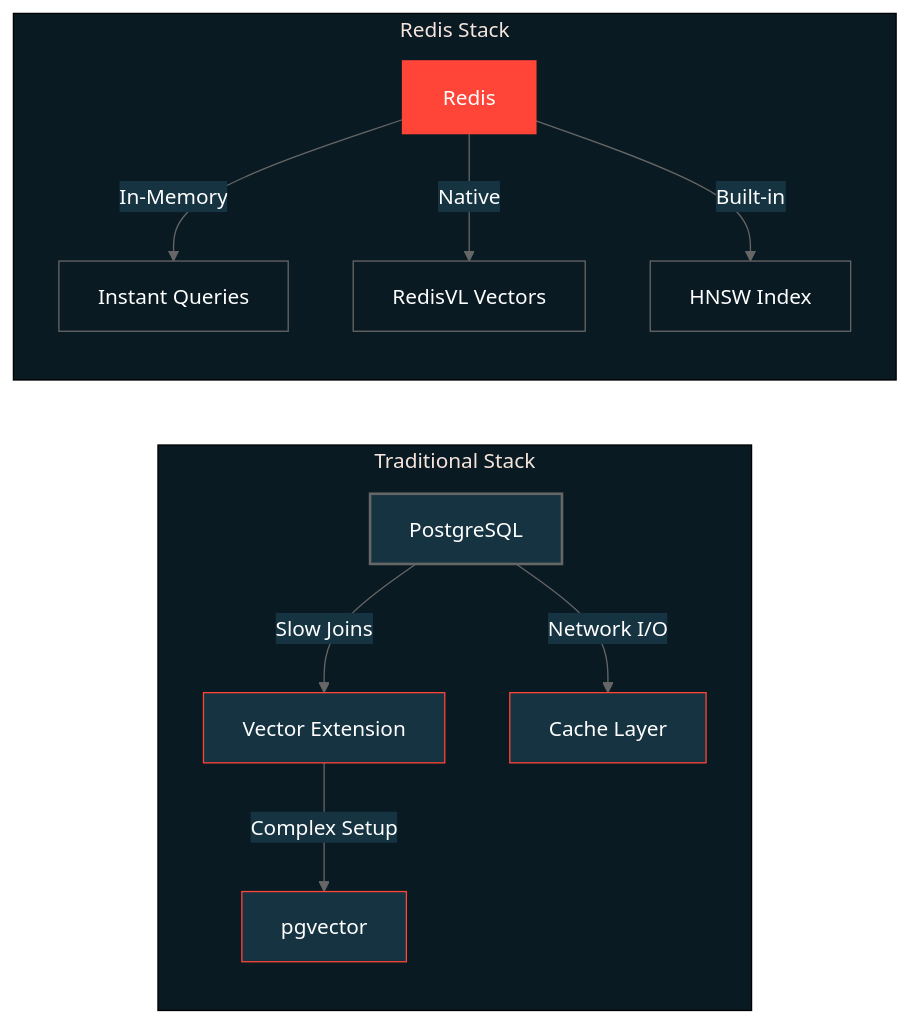
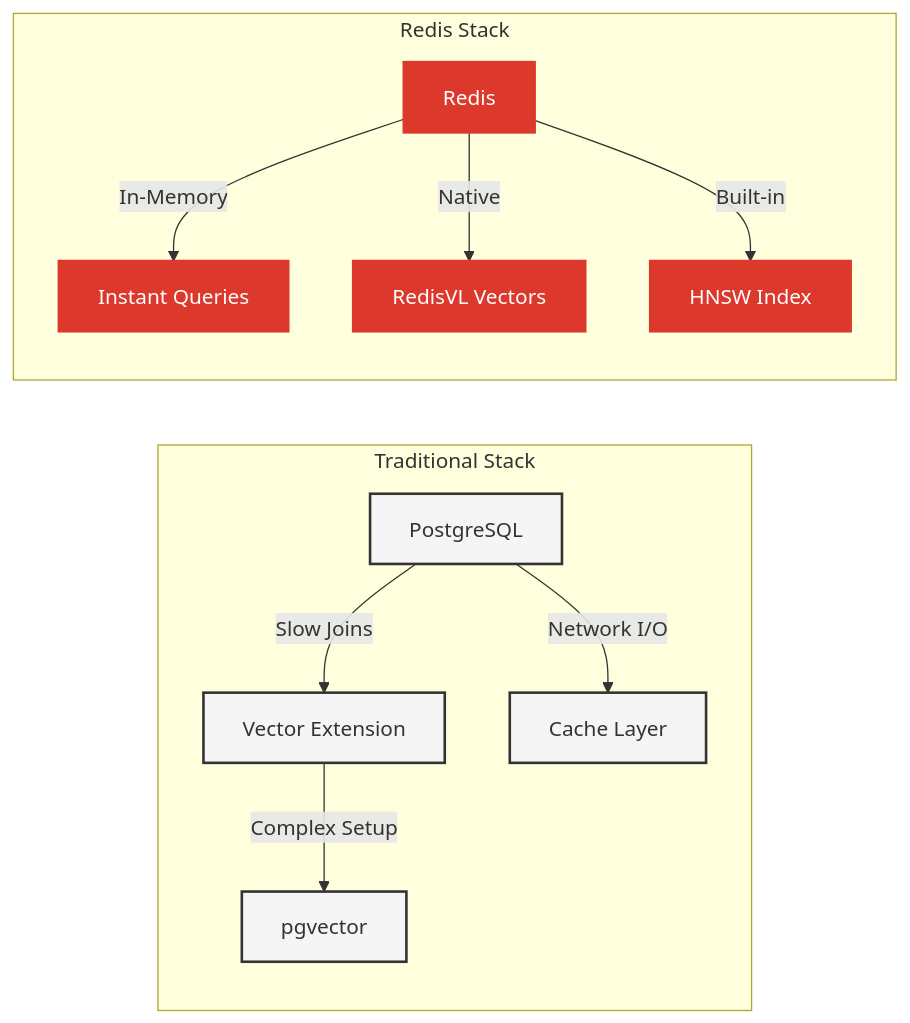
The first of 4 diagrams in docs/11_REDIS_PATTERNS.md (AllieRays/redis-wellness), drawn with Mermaid before and after one commit. The commit also changed other lines of this file and 1 other file, not shown here.

Commit message:
Updates to mermaid.

````diff
--- a/docs/11_REDIS_PATTERNS.md
+++ b/docs/11_REDIS_PATTERNS.md
@@ -19,21 +19,23 @@
 ```mermaid
-%%{init: {'theme':'base', 'themeVariables': { 'primaryColor':'#0d212c', 'primaryTextColor':'#fff', 'primaryBorderColor':'#ff4438', 'lineColor':'#666', 'secondaryColor':'#163341', 'tertiaryColor':'#091a23', 'background':'#0d212c', 'mainBkg':'#163341', 'secondBkg':'#0d212c', 'textColor':'#fff', 'fontSize':'16px'}}}%%
 graph LR
     subgraph "Traditional Stack"
     A[PostgreSQL] -->|Slow Joins| B[Vector Extension]
     A -->|Network I/O| C[Cache Layer]
     B -->|Complex Setup| D[pgvector]
     end
 
     subgraph "Redis Stack"
     E[Redis] -->|In-Memory| F[Instant Queries]
     E -->|Native| G[RedisVL Vectors]
     E -->|Built-in| H[HNSW Index]
     end
 
-    style A fill:#163341,stroke:#666,color:#fff,stroke-width:2px
-    style E fill:#ff4438,stroke:#ff4438,color:#fff,stroke-width:3px
-    style F fill:#091a23,stroke:#666,color:#fff
-    style G fill:#091a23,stroke:#666,color:#fff
-    style H fill:#091a23,stroke:#666,color:#fff
+    style A fill:#f5f5f5,stroke:#333,stroke-width:2px
+    style B fill:#f5f5f5,stroke:#333,stroke-width:2px
+    style C fill:#f5f5f5,stroke:#333,stroke-width:2px
+    style D fill:#f5f5f5,stroke:#333,stroke-width:2px
+    style E fill:#DC382C,stroke:#DC382C,stroke-width:2px,color:#fff
+    style F fill:#DC382C,stroke:#DC382C,stroke-width:2px,color:#fff
+    style G fill:#DC382C,stroke:#DC382C,stroke-width:2px,color:#fff
+    style H fill:#DC382C,stroke:#DC382C,stroke-width:2px,color:#fff
 ```
````
